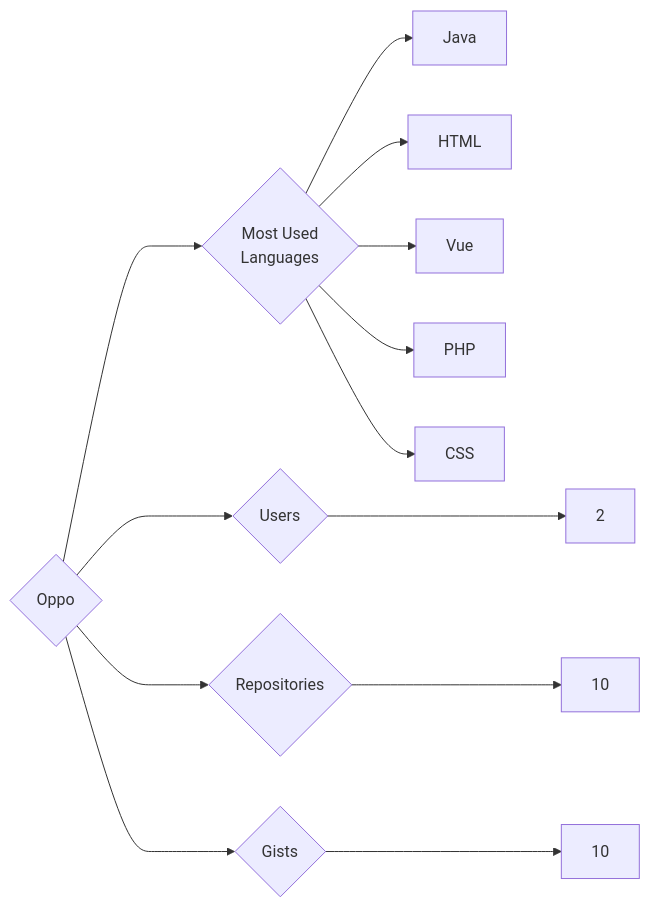
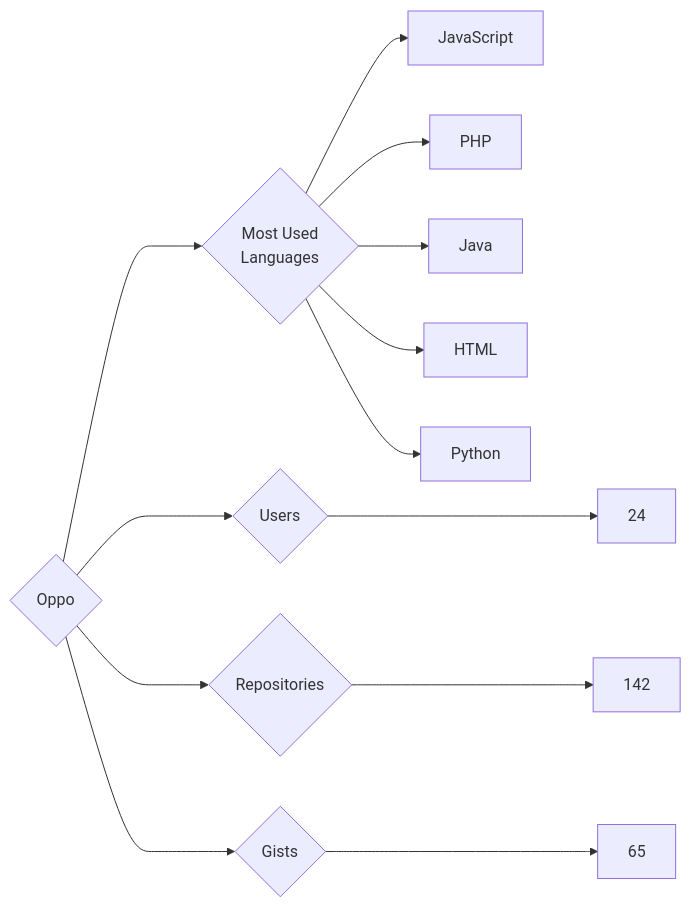
One commit to trickest/insiders changed the diagram in targets/Oppo/README.md. Above: the diagram before and after it, drawn with Mermaid. The commit also changed 912 other files, not shown here.

````diff
--- a/targets/Oppo/README.md
+++ b/targets/Oppo/README.md
@@ -3,13 +3,13 @@
 ```mermaid
 graph LR
 COMPANY_NAME{Oppo}
-COMPANY_NAME ---> U{Users} ---> UN[2]
-COMPANY_NAME ---> R{Repositories} ---> RN[10]
-COMPANY_NAME ---> G{Gists} ---> GN[10]
+COMPANY_NAME ---> U{Users} ---> UN[24]
+COMPANY_NAME ---> R{Repositories} ---> RN[142]
+COMPANY_NAME ---> G{Gists} ---> GN[65]
 COMPANY_NAME ---> ML{Most Used<br>Languages}
+ML --> JavaScript[JavaScript]
+ML --> PHP[PHP]
 ML --> Java[Java]
 ML --> HTML[HTML]
-ML --> Vue[Vue]
-ML --> PHP[PHP]
-ML --> CSS[CSS]
+ML --> Python[Python]
 ```
````
